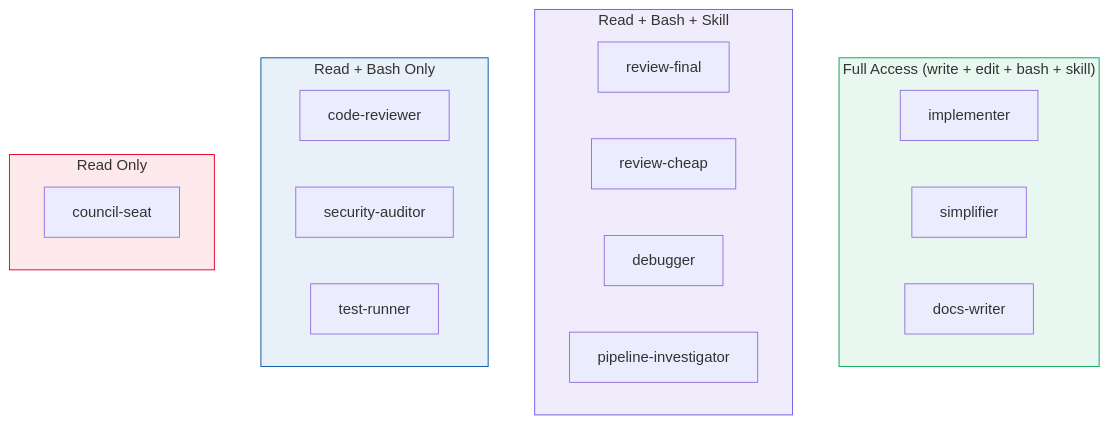
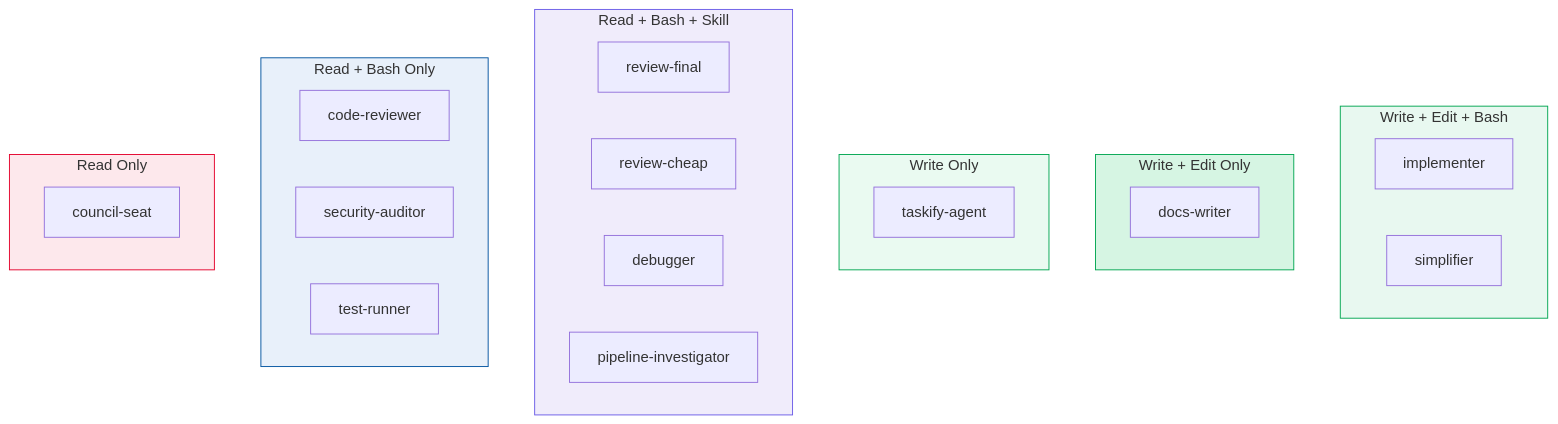
One commit to sean8601/mockserver-monorepo changed the third of 5 diagrams in docs/operations/opencode-building-blocks.md. Above: the diagram before and after it, drawn with Mermaid. The commit also changed other lines of this file and 2 other files, not shown here.

Commit message:
docs: re-sync AI-harness docs after rule/config changes
A concurrent change added two rules (liveness.md, replay-safety.md), altered
many rule line counts, and tightened agent tool flags. Re-derive every count
and name from the live .opencode/opencode.jsonc config:

- rule catalogue 24 -> 26 (add liveness.md, replay-safety.md) in the Mermaid
  header, summary table, and Directory Structure block
- correct cited per-rule line counts (commit-workflow 284, review-constitution
  340, operating-model 208, worktree-workflow 355, risk-authority 111,
  subagent-routing 116, metrics 86, decision-log 67)
- correct agent tool-restriction table + least-privilege Mermaid to match
  config (implementer/simplifier skill:false; docs-writer bash:false+skill:false;
  taskify-agent edit:false+bash:false+skill:false)
- ai-assisted-development: docs-writer + taskify "Can Run Commands" -> No

````diff
--- a/docs/operations/opencode-building-blocks.md
+++ b/docs/operations/opencode-building-blocks.md
@@ -256,30 +256,39 @@
 ```mermaid
 flowchart TD
-    subgraph Full["Full Access (write + edit + bash + skill)"]
+    subgraph WriteBash["Write + Edit + Bash"]
         IMP["implementer"]
         SIM["simplifier"]
+    end
+
+    subgraph WriteEdit["Write + Edit Only"]
         DW["docs-writer"]
+    end
+
+    subgraph WriteOnly["Write Only"]
+        TA["taskify-agent"]
     end
 
     subgraph ReadBashSkill["Read + Bash + Skill"]
         RF["review-final"]
         RC["review-cheap"]
         DB["debugger"]
         PI["pipeline-investigator"]
     end
 
     subgraph ReadBash["Read + Bash Only"]
         CR["code-reviewer"]
         SA["security-auditor"]
         TR["test-runner"]
     end
 
     subgraph ReadOnly["Read Only"]
         CS["council-seat"]
     end
 
-    style Full fill:#e8f8f0,stroke:#00a651
+    style WriteBash fill:#e8f8f0,stroke:#00a651
+    style WriteEdit fill:#d6f5e3,stroke:#00a651
+    style WriteOnly fill:#eafaf1,stroke:#00a651
     style ReadBashSkill fill:#f0ecfb,stroke:#6b5ce7
     style ReadBash fill:#e8f0fa,stroke:#00539f
     style ReadOnly fill:#fde8ec,stroke:#e4002b
 ```
````
